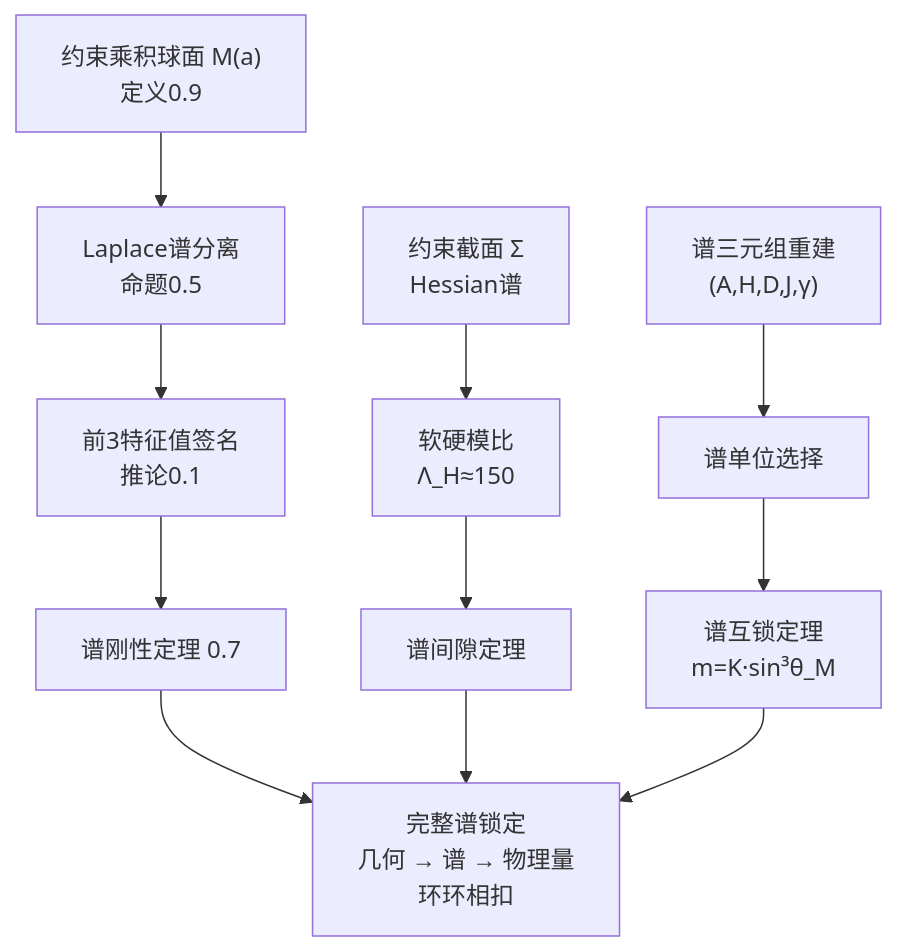
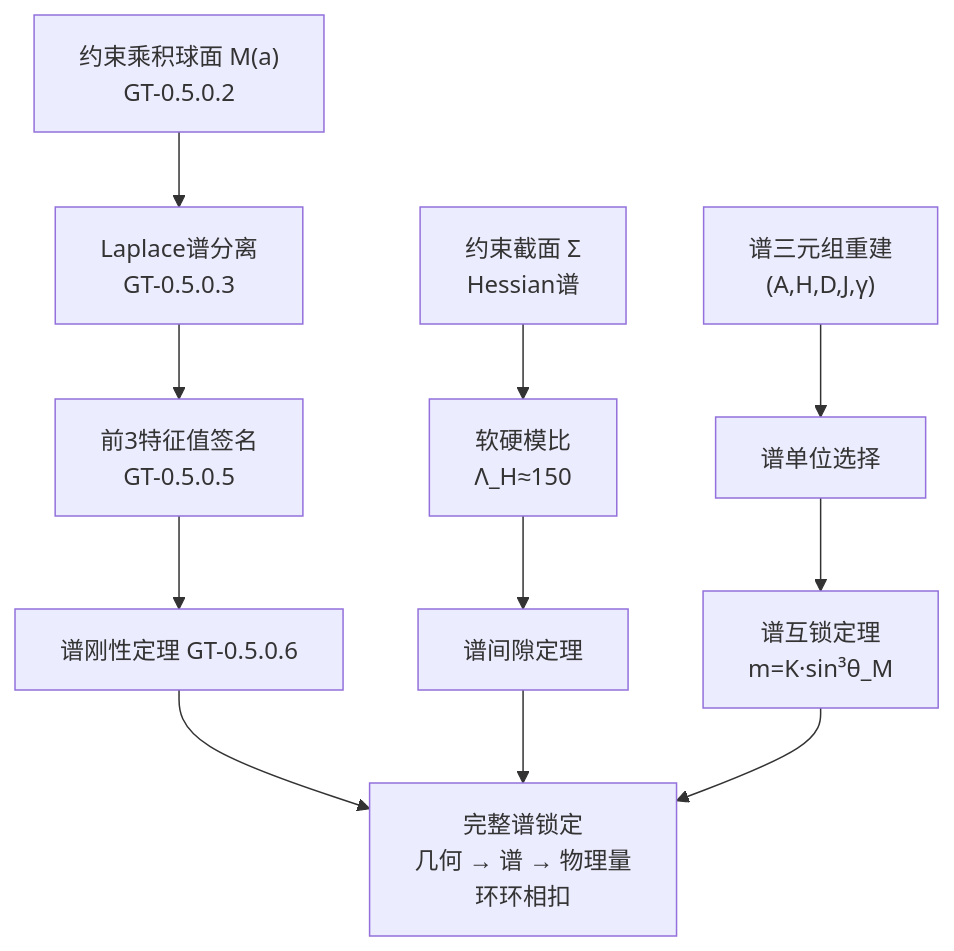
Before and after one commit to sdoygb/geometry-ai-server: the first of 2 diagrams in app/articles/GT-Vault/Vol-0_从零开始/0.5_乘积球面谱刚性_CN_260713.1.md, drawn with Mermaid. The commit also changed other lines of this file, not shown here.

````diff
--- a/app/articles/GT-Vault/Vol-0_从零开始/0.5_乘积球面谱刚性_CN_260713.1.md
+++ b/app/articles/GT-Vault/Vol-0_从零开始/0.5_乘积球面谱刚性_CN_260713.1.md
@@ -155,14 +155,14 @@
 ```mermaid
 flowchart TD
-    A["约束乘积球面 M(a)<br>定义0.9"] --> B["Laplace谱分离<br>命题0.5"]
-    B --> C["前3特征值签名<br>推论0.1"]
-    C --> D["谱刚性定理 0.7"]
+    A["约束乘积球面 M(a)<br>GT-0.5.0.2"] --> B["Laplace谱分离<br>GT-0.5.0.3"]
+    B --> C["前3特征值签名<br>GT-0.5.0.5"]
+    C --> D["谱刚性定理 GT-0.5.0.6"]
     
     E["约束截面 Σ<br>Hessian谱"] --> F["软硬模比<br>Λ_H≈150"]
     F --> G["谱间隙定理"]
     
     H["谱三元组重建<br>(A,H,D,J,γ)"] --> I["谱单位选择"]
     I --> J["谱互锁定理<br>m=K·sin³θ_M"]
     
     D & G & J --> K["完整谱锁定<br>几何 → 谱 → 物理量<br>环环相扣"]
 ```
````
